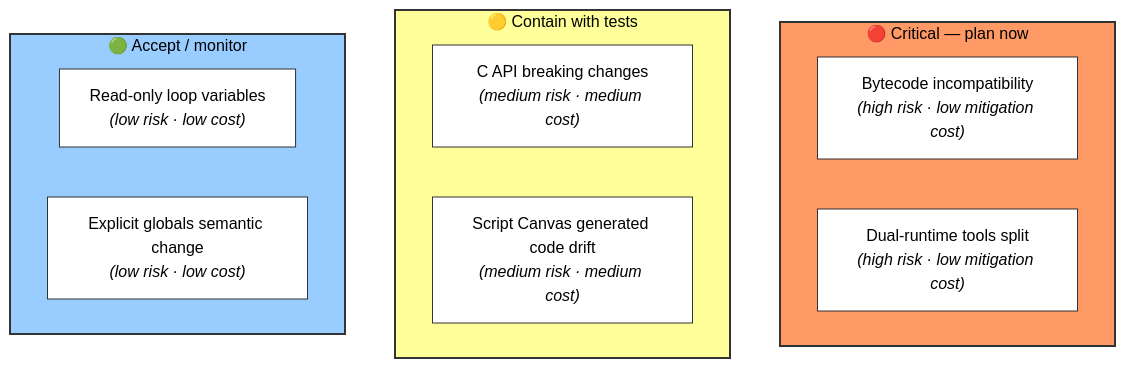
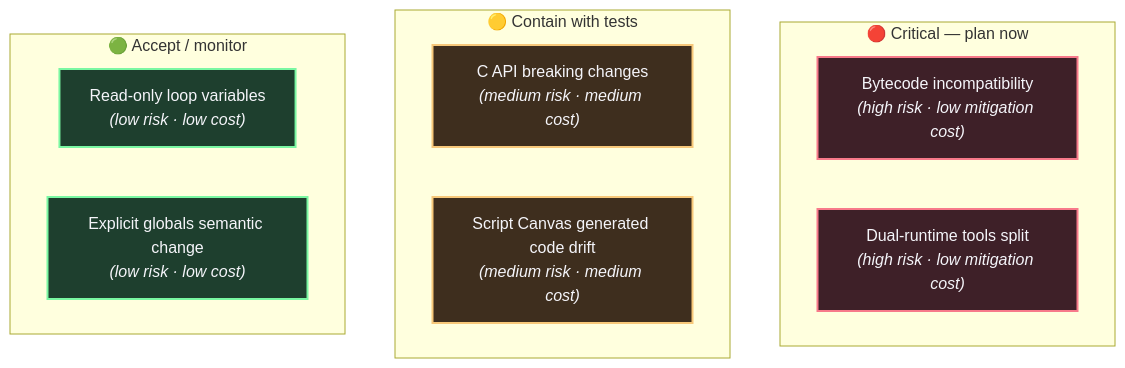
One commit to Astin-A/the-workshop changed the seventh of 7 diagrams in content/Engine shit/O3DE/Atomic/8 Lua 5.5.1.md. Above: the diagram before and after it, drawn with Mermaid. The commit also changed other lines of this file and 24 other files, not shown here.

````diff
--- a/content/Engine shit/O3DE/Atomic/8 Lua 5.5.1.md
+++ b/content/Engine shit/O3DE/Atomic/8 Lua 5.5.1.md
@@ -288,25 +326,23 @@
 ```mermaid
 graph TB
     subgraph Critical["🔴 Critical — plan now"]
         R1["Bytecode incompatibility<br/><i>(high risk · low mitigation cost)</i>"]
         R2["Dual-runtime tools split<br/><i>(high risk · low mitigation cost)</i>"]
     end
     subgraph Contain["🟡 Contain with tests"]
         R3["C API breaking changes<br/><i>(medium risk · medium cost)</i>"]
         R4["Script Canvas generated code drift<br/><i>(medium risk · medium cost)</i>"]
     end
     subgraph Accept["🟢 Accept / monitor"]
         R5["Read-only loop variables<br/><i>(low risk · low cost)</i>"]
         R6["Explicit globals semantic change<br/><i>(low risk · low cost)</i>"]
     end
-    
-    style Critical fill:#f96,stroke:#333,stroke-width:2px,color:#000
-    style Contain fill:#ff9,stroke:#333,stroke-width:2px,color:#000
-    style Accept fill:#9cf,stroke:#333,stroke-width:2px,color:#000
-    style R1 fill:#fff,stroke:#333,stroke-width:1px,color:#000
-    style R2 fill:#fff,stroke:#333,stroke-width:1px,color:#000
-    style R3 fill:#fff,stroke:#333,stroke-width:1px,color:#000
-    style R4 fill:#fff,stroke:#333,stroke-width:1px,color:#000
-    style R5 fill:#fff,stroke:#333,stroke-width:1px,color:#000
-    style R6 fill:#fff,stroke:#333,stroke-width:1px,color:#000
+
+    classDef danger fill:#3e2028,stroke:#f77a8a,stroke-width:2px,color:#f5f5fa;
+    classDef warning fill:#3e2e1e,stroke:#f7c87a,stroke-width:2px,color:#f5f5fa;
+    classDef success fill:#1e3f2e,stroke:#7af7a2,stroke-width:2px,color:#f5f5fa;
+
+    class R1,R2 danger;
+    class R3,R4 warning;
+    class R5,R6 success;
 ```
````
